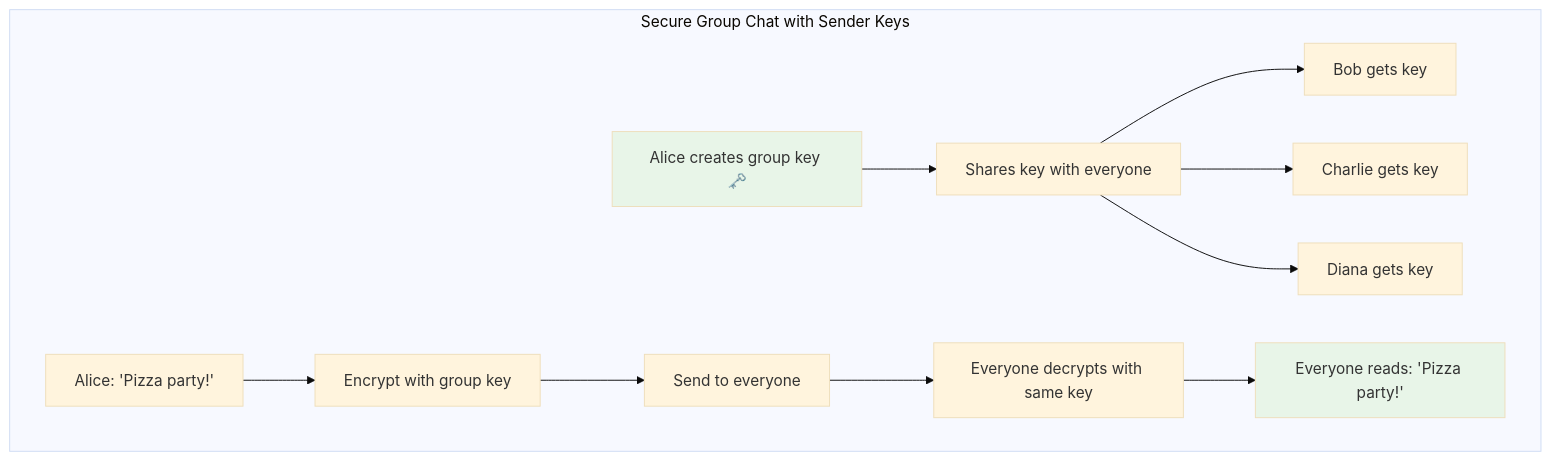
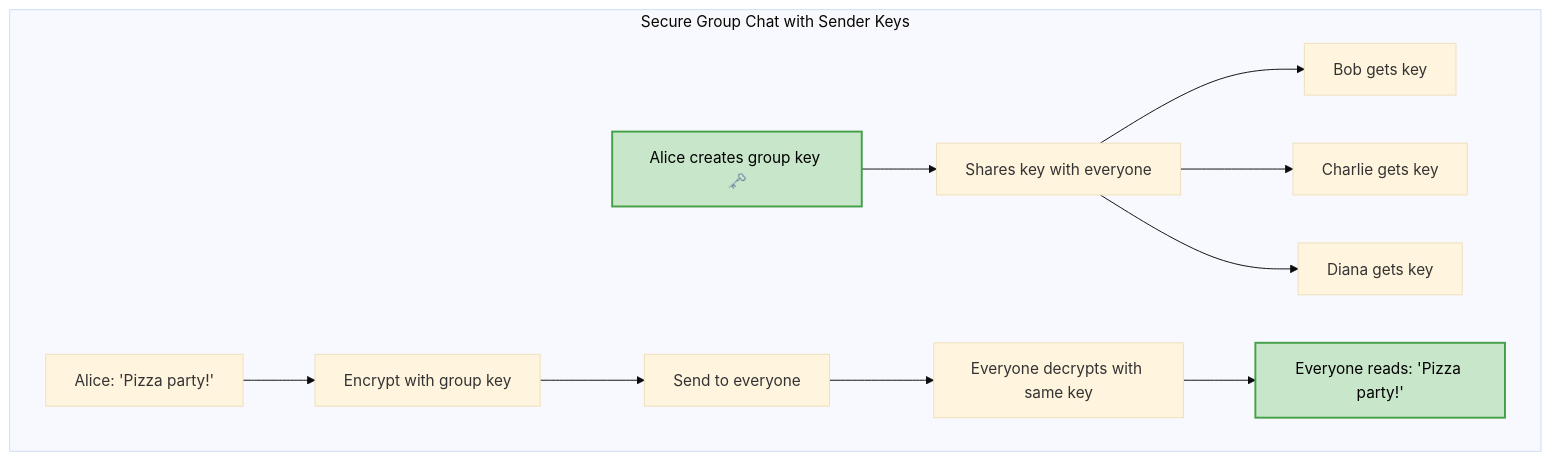
Before and after one commit to prabhatg/signal_crypto_lib: the tenth of 16 diagrams in docs/signal_protocol_for_kids.md, drawn with Mermaid (base theme). The commit also changed other lines of this file and 1 other file, not shown here.

Commit message:
Documentation diagram updates

````diff
--- a/docs/signal_protocol_for_kids.md
+++ b/docs/signal_protocol_for_kids.md
@@ -286,17 +286,17 @@
 ```mermaid
 graph TB
     subgraph "Secure Group Chat with Sender Keys"
         A[Alice creates group key 🗝️] --> B[Shares key with everyone]
         B --> C[Bob gets key]
         B --> D[Charlie gets key]
         B --> E[Diana gets key]
         
         F[Alice: 'Pizza party!'] --> G[Encrypt with group key]
         G --> H[Send to everyone]
         H --> I[Everyone decrypts with same key]
         I --> J[Everyone reads: 'Pizza party!']
     end
     
-    style A fill:#e8f5e8
-    style J fill:#e8f5e8
+    style A fill:#c8e6c9,stroke:#43a047,stroke-width:2px,color:#000
+    style J fill:#c8e6c9,stroke:#43a047,stroke-width:2px,color:#000
 ```
````
